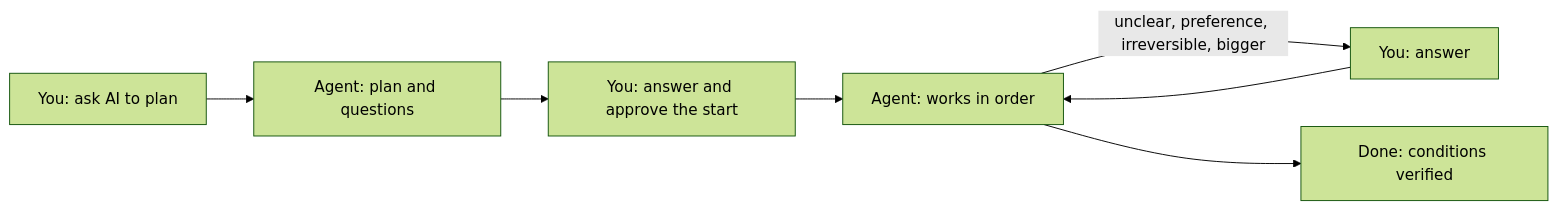
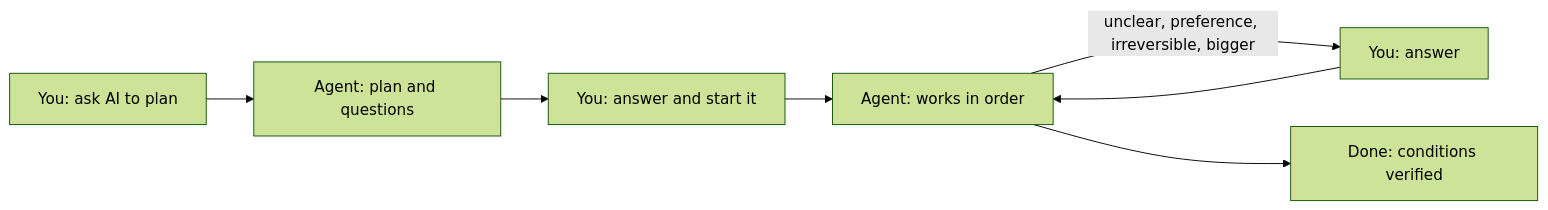
Before and after one commit to FooQoo/agent-project: the diagram in docs/guide/index.md, drawn with Mermaid (forest theme). The commit also changed other lines of this file and 6 other files, not shown here.

````diff
--- a/docs/guide/index.md
+++ b/docs/guide/index.md
@@ -44,9 +44,9 @@
 ```mermaid
 flowchart LR
     R["You: ask AI to plan"] --> P["Agent: plan and questions"]
-    P --> A["You: answer and approve the start"]
+    P --> A["You: answer and start it"]
     A --> W["Agent: works in order"]
     W -- "unclear, preference, irreversible, bigger" --> Q["You: answer"]
     Q --> W
     W --> D["Done: conditions verified"]
 ```
````
